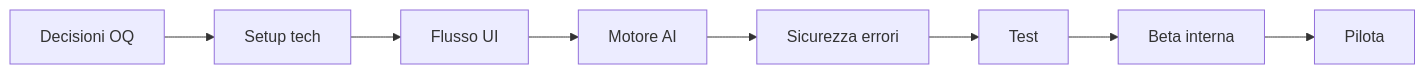
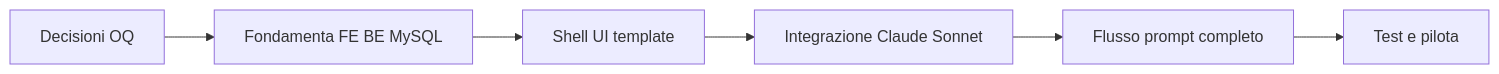
One commit to MatteoDiPerna/IntentDraft changed the diagram in docs/product/beta-roadmap.md. Above: the diagram before and after it, drawn with Mermaid. The commit also changed other lines of this file and 8 other files, not shown here.

First line of the commit message:
Document product decisions, DB schema, and FE/BE operations.

````diff
--- a/docs/product/beta-roadmap.md
+++ b/docs/product/beta-roadmap.md
@@ -13,10 +13,8 @@
 ```mermaid
 flowchart LR
-  F2[Decisioni OQ] --> F5[Setup tech]
-  F5 --> F6[Flusso UI]
-  F6 --> F7[Motore AI]
-  F7 --> F8[Sicurezza errori]
-  F8 --> F9[Test]
-  F9 --> F10[Beta interna]
-  F10 --> F11[Pilota]
+  F2[Decisioni OQ] --> FOUND[Fondamenta FE BE MySQL]
+  FOUND --> UI[Shell UI template]
+  UI --> AI[Integrazione Claude Sonnet]
+  AI --> CHAT[Flusso prompt completo]
+  CHAT --> T[Test e pilota]
 ```
````
